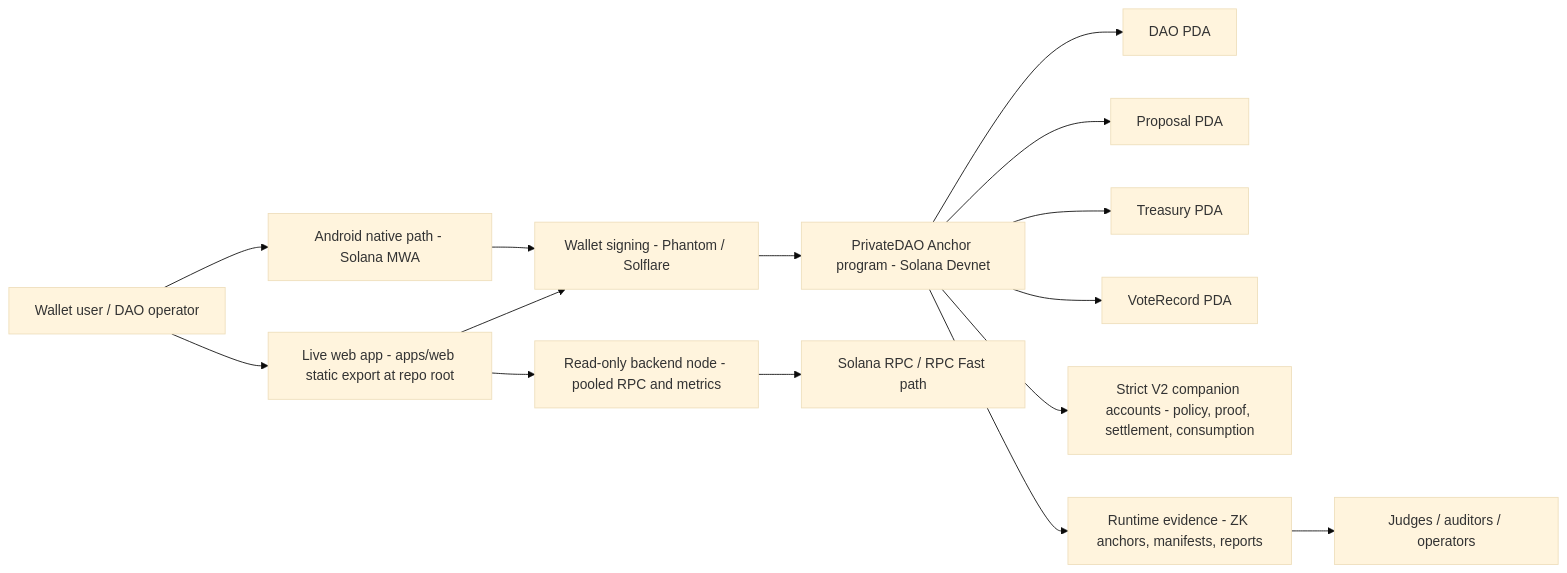
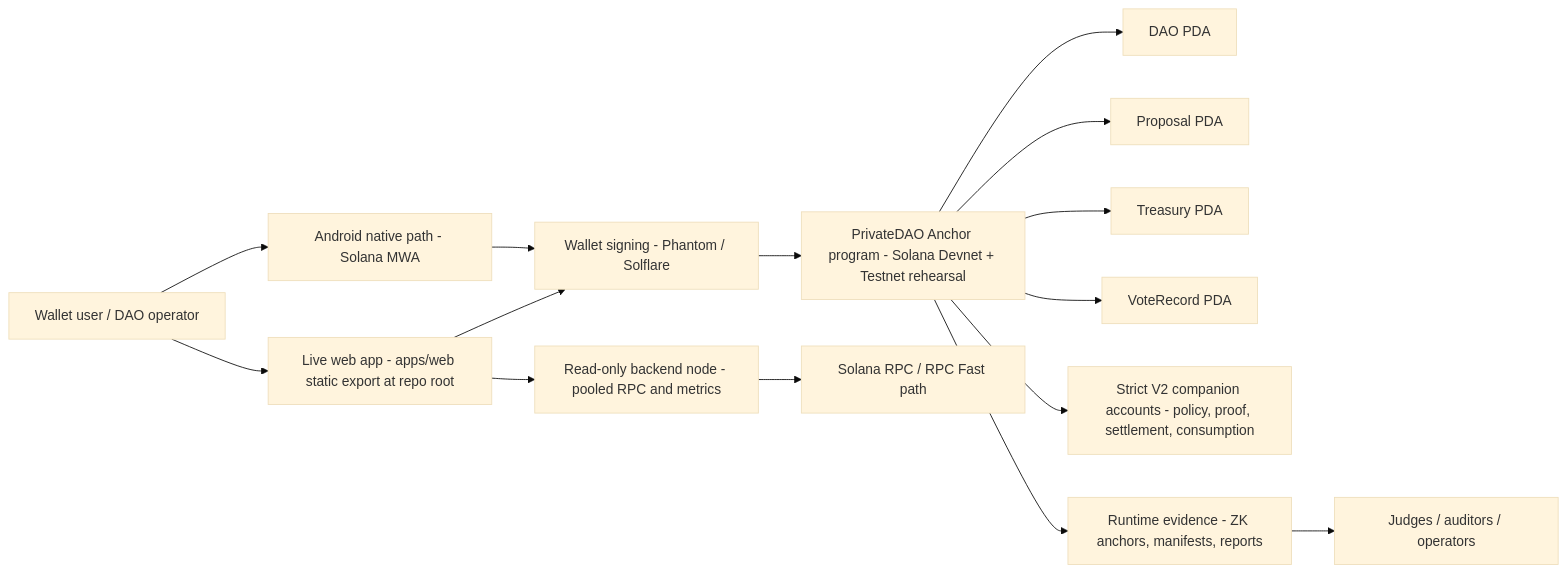
One commit to X-PACT/PrivateDAO changed the first of 2 diagrams in README.md. Above: the diagram before and after it, drawn with Mermaid (base theme). The commit also changed other lines of this file and 1 other file, not shown here.

Commit message:
Refresh submissions after testnet proof

````diff
--- a/README.md
+++ b/README.md
@@ -323,17 +329,17 @@
 ```mermaid
 flowchart LR
   User["Wallet user / DAO operator"] --> Frontend["Live web app - apps/web static export at repo root"]
   User --> Android["Android native path - Solana MWA"]
   Frontend --> Wallet["Wallet signing - Phantom / Solflare"]
   Android --> Wallet
-  Wallet --> Program["PrivateDAO Anchor program - Solana Devnet"]
+  Wallet --> Program["PrivateDAO Anchor program - Solana Devnet + Testnet rehearsal"]
   Program --> DAO["DAO PDA"]
   Program --> Proposal["Proposal PDA"]
   Program --> Treasury["Treasury PDA"]
   Program --> VoteRecord["VoteRecord PDA"]
   Program --> StrictV2["Strict V2 companion accounts - policy, proof, settlement, consumption"]
   Frontend --> ReadNode["Read-only backend node - pooled RPC and metrics"]
   ReadNode --> RPC["Solana RPC / RPC Fast path"]
   Program --> Evidence["Runtime evidence - ZK anchors, manifests, reports"]
   Evidence --> Reviewers["Judges / auditors / operators"]
 ```
````
